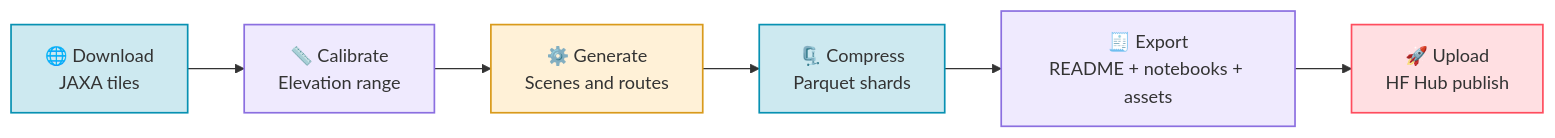
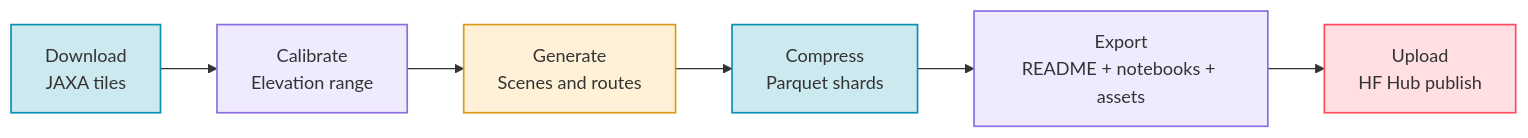
One commit to ThalesGroup/passage changed the diagram in docs/guide/index.md. Above: the diagram before and after it, drawn with Mermaid. The commit also changed other lines of this file and 54 other files, not shown here.

````diff
--- a/docs/guide/index.md
+++ b/docs/guide/index.md
@@ -32,15 +31,15 @@
 ```mermaid
 flowchart LR
-    A["🌐 Download<br>JAXA tiles"] --> B["📏 Calibrate<br>Elevation range"]
-    B --> C["⚙️ Generate<br>Scenes and routes"]
-    C --> D["🗜️ Compress<br>Parquet shards"]
-    D --> E["🧾 Export<br>README + notebooks + assets"]
-    E --> F["🚀 Upload<br>HF Hub publish"]
+    A["Download<br>JAXA tiles"] --> B["Calibrate<br>Elevation range"]
+    B --> C["Generate<br>Scenes and routes"]
+    C --> D["Compress<br>Parquet shards"]
+    D --> E["Export<br>README + notebooks + assets"]
+    E --> F["Upload<br>HF Hub publish"]
 
     style A fill:#0891b233,stroke:#0891b2,stroke-width:1.5px
     style B fill:#a78bfa2e,stroke:#8b6fe0,stroke-width:1.5px
     style C fill:#ffb93833,stroke:#d99a1b,stroke-width:1.5px
     style D fill:#0891b233,stroke:#0891b2,stroke-width:1.5px
     style E fill:#a78bfa2e,stroke:#8b6fe0,stroke-width:1.5px
     style F fill:#ff4d5e2e,stroke:#ff4d5e,stroke-width:1.5px
 ```
````
